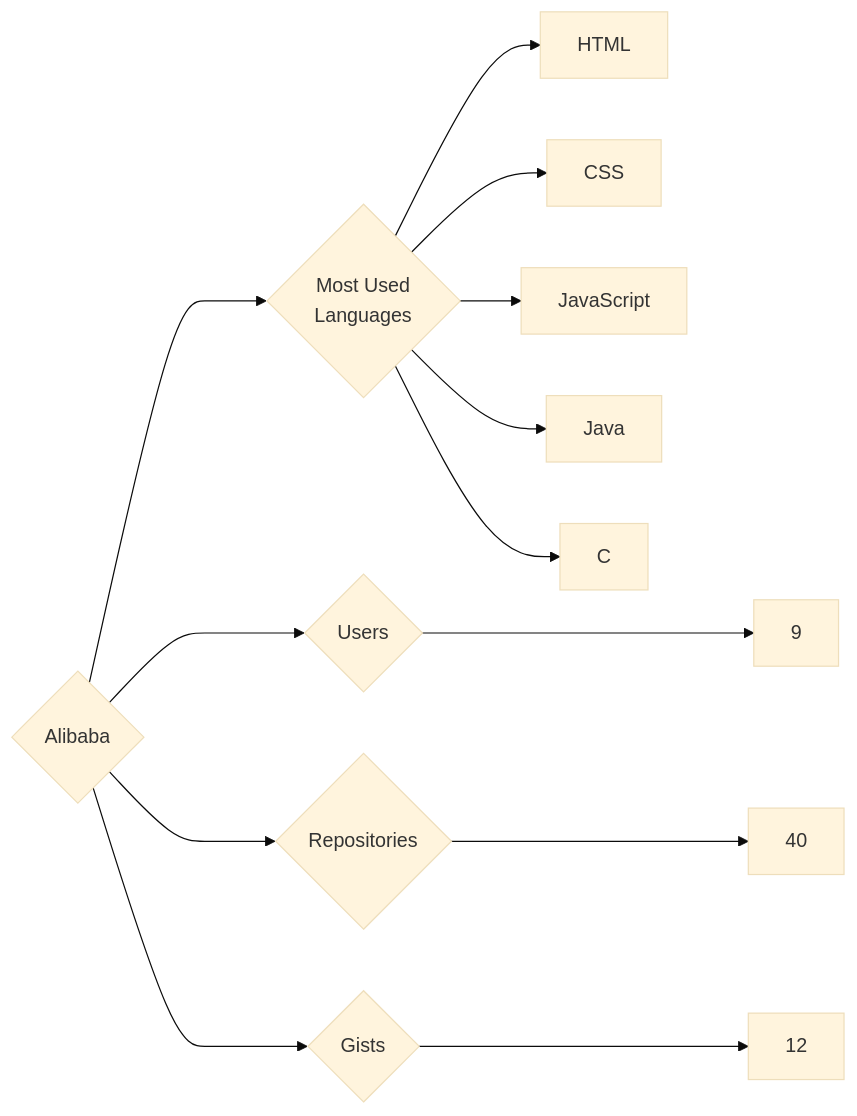
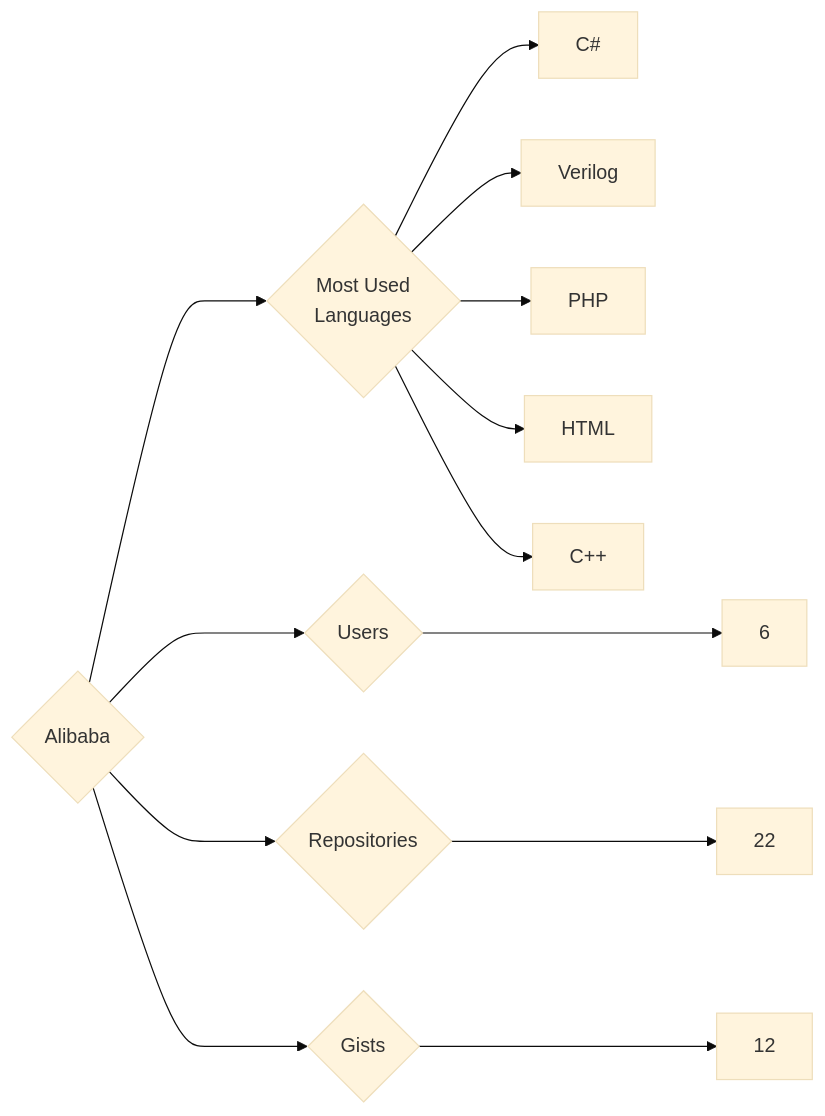
Before and after one commit to trickest/insiders: the diagram in targets/Alibaba/README.md, drawn with Mermaid (base theme). The commit also changed 724 other files, not shown here.

````diff
--- a/targets/Alibaba/README.md
+++ b/targets/Alibaba/README.md
@@ -3,13 +3,13 @@
 ```mermaid
 graph LR
 COMPANY_NAME{Alibaba}
-COMPANY_NAME ---> U{Users} ---> UN[9]
-COMPANY_NAME ---> R{Repositories} ---> RN[40]
+COMPANY_NAME ---> U{Users} ---> UN[6]
+COMPANY_NAME ---> R{Repositories} ---> RN[22]
 COMPANY_NAME ---> G{Gists} ---> GN[12]
 COMPANY_NAME ---> ML{Most Used<br>Languages}
+ML --> C#[C#]
+ML --> Verilog[Verilog]
+ML --> PHP[PHP]
 ML --> HTML[HTML]
-ML --> CSS[CSS]
-ML --> JavaScript[JavaScript]
-ML --> Java[Java]
-ML --> C[C]
+ML --> C++[C++]
 ```
````
